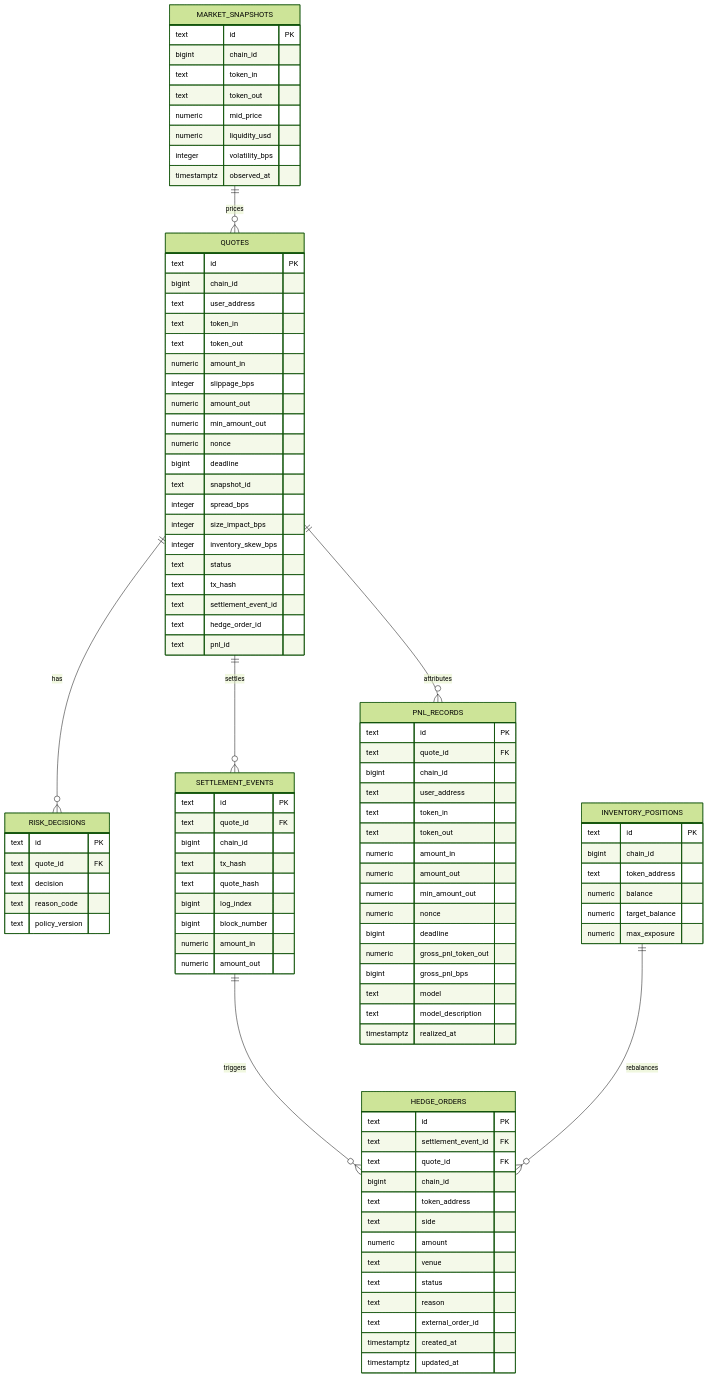
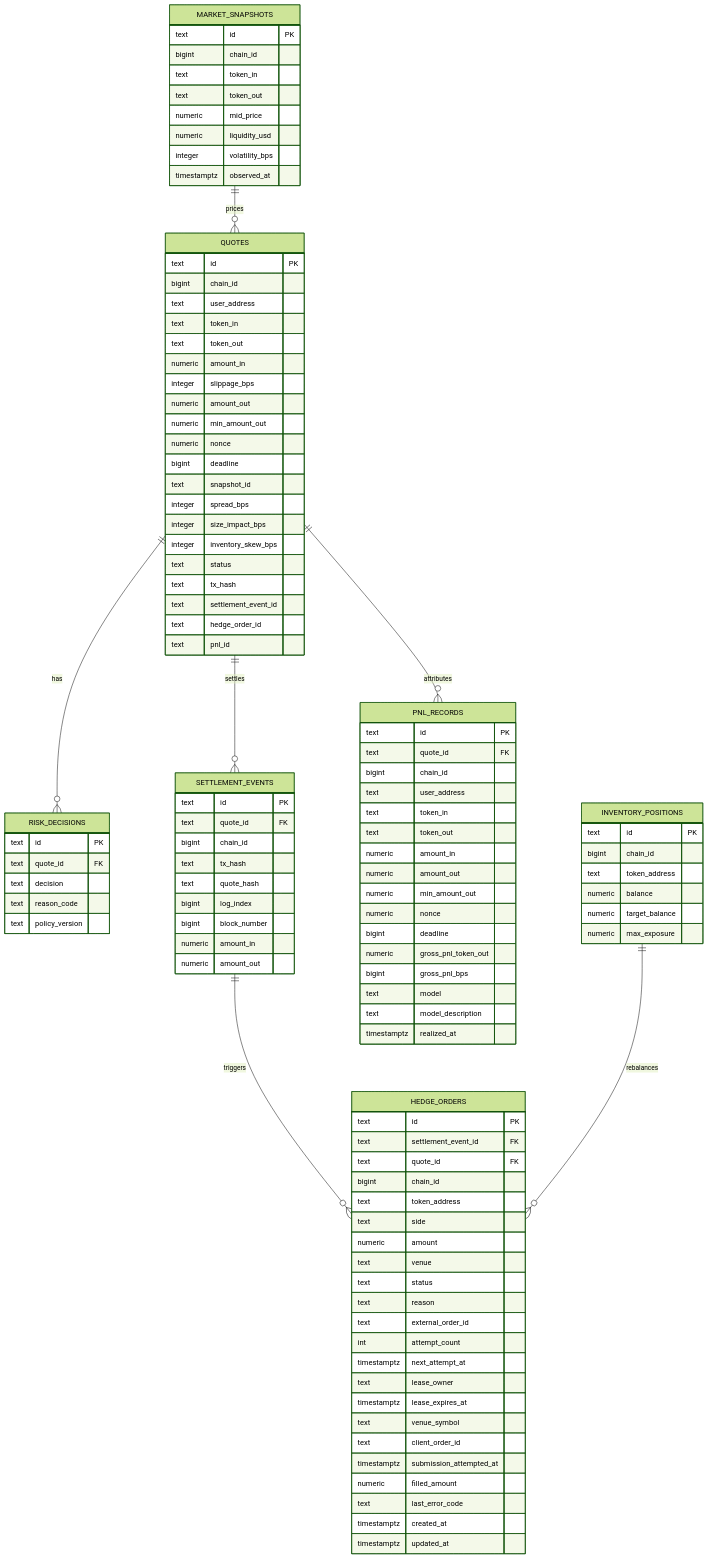
One commit to alvis-ai/production-grade-web3-rfq-market-maker changed the diagram in docs/database/er-diagram.md. Above: the diagram before and after it, drawn with Mermaid (forest theme). The commit also changed other lines of this file and 60 other files, not shown here.

```diff
--- a/docs/database/er-diagram.md
+++ b/docs/database/er-diagram.md
@@ -86,6 +86,15 @@
     text status
     text reason
     text external_order_id
+    int attempt_count
+    timestamptz next_attempt_at
+    text lease_owner
+    timestamptz lease_expires_at
+    text venue_symbol
+    text client_order_id
+    timestamptz submission_attempted_at
+    numeric filled_amount
+    text last_error_code
     timestamptz created_at
     timestamptz updated_at
   }
```
